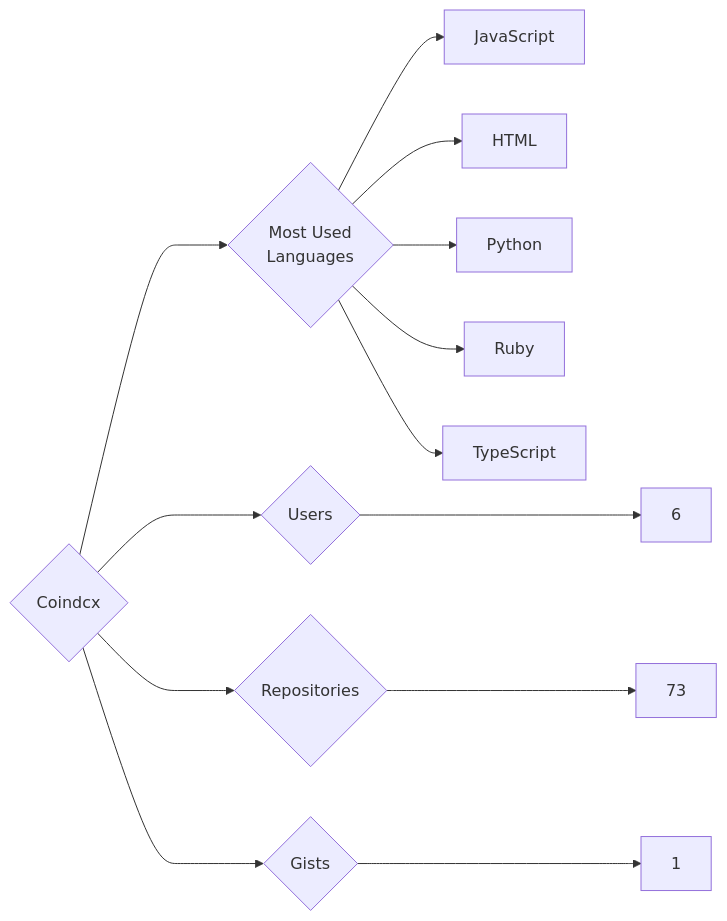
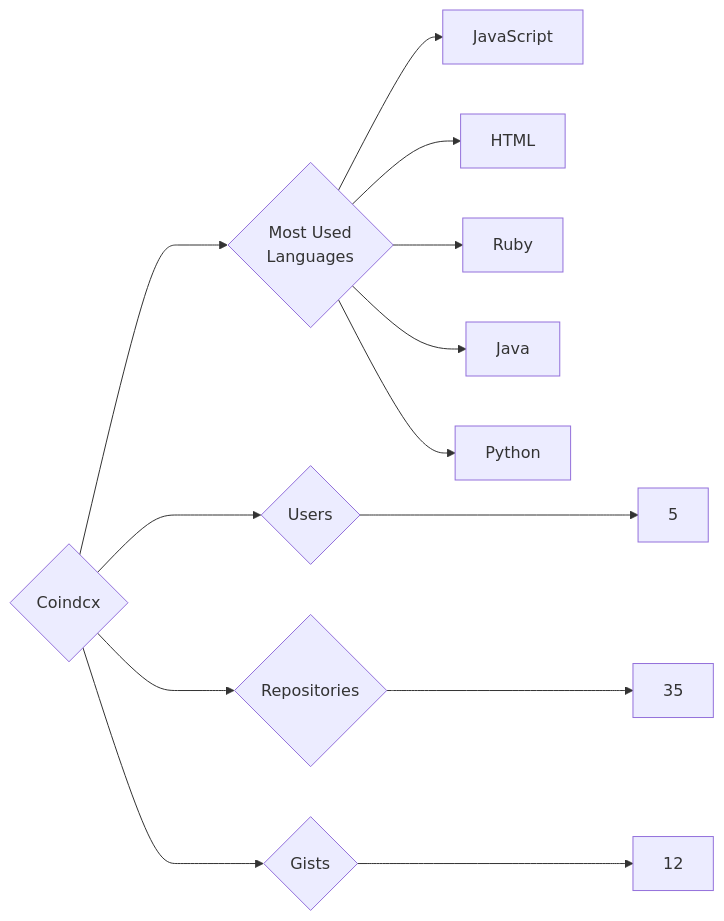
One commit to trickest/insiders changed the diagram in targets/Coindcx/README.md. Above: the diagram before and after it, drawn with Mermaid. The commit also changed 745 other files, not shown here.

````diff
--- a/targets/Coindcx/README.md
+++ b/targets/Coindcx/README.md
@@ -3,13 +3,13 @@
 ```mermaid
 graph LR
 COMPANY_NAME{Coindcx}
-COMPANY_NAME ---> U{Users} ---> UN[6]
-COMPANY_NAME ---> R{Repositories} ---> RN[73]
-COMPANY_NAME ---> G{Gists} ---> GN[1]
+COMPANY_NAME ---> U{Users} ---> UN[5]
+COMPANY_NAME ---> R{Repositories} ---> RN[35]
+COMPANY_NAME ---> G{Gists} ---> GN[12]
 COMPANY_NAME ---> ML{Most Used<br>Languages}
 ML --> JavaScript[JavaScript]
 ML --> HTML[HTML]
+ML --> Ruby[Ruby]
+ML --> Java[Java]
 ML --> Python[Python]
-ML --> Ruby[Ruby]
-ML --> TypeScript[TypeScript]
 ```
````
